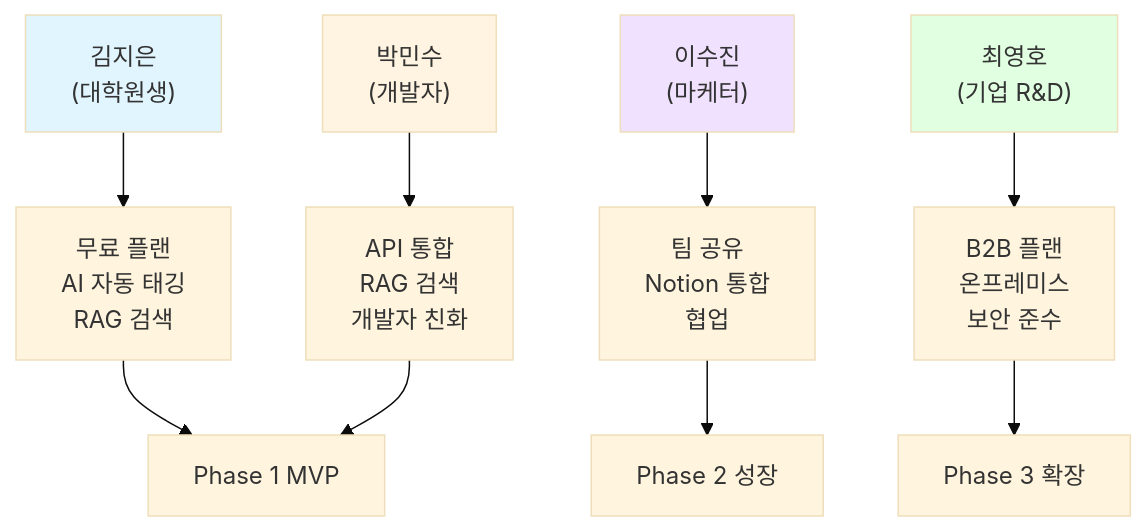
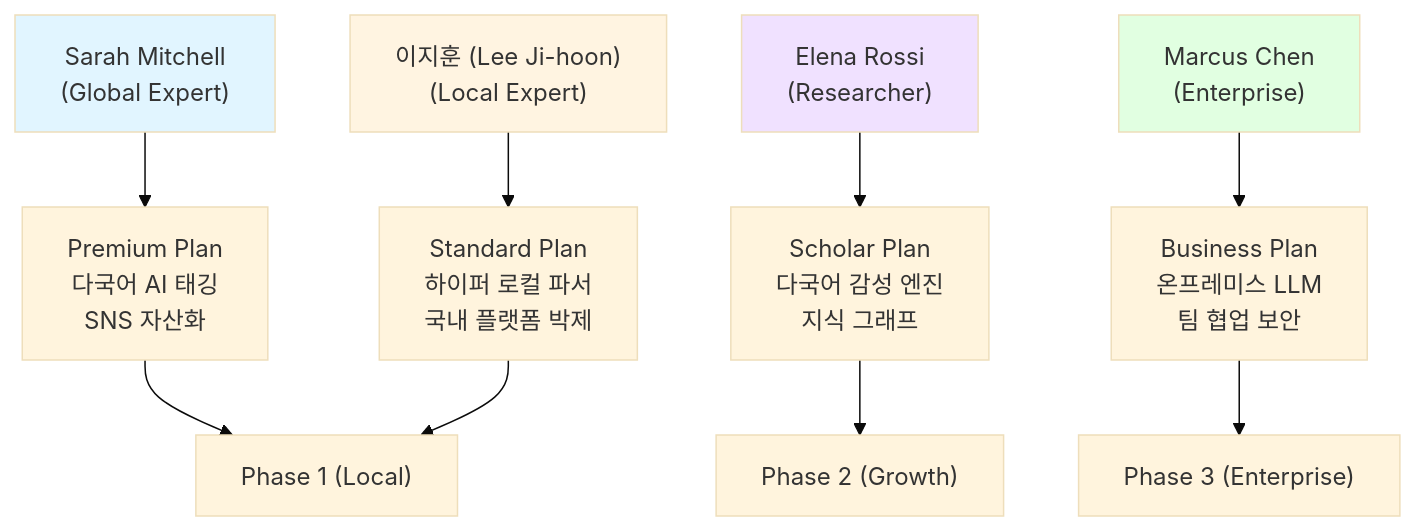
Before and after one commit to gus2902/new_learn: the third of 4 diagrams in docs/프로젝트/output/PHASE5-서비스제안/PHASE5-Step4-시각화통합-2026-01-10.md, drawn with Mermaid (base theme). The commit also changed other lines of this file and 25 other files, not shown here.

Commit message:
docs: finalize project documentation for Phase 1-5 and update Notion Lean Canvas

````diff
--- a/docs/프로젝트/output/PHASE5-서비스제안/PHASE5-Step4-시각화통합-2026-01-10.md
+++ b/docs/프로젝트/output/PHASE5-서비스제안/PHASE5-Step4-시각화통합-2026-01-10.md
@@ -121,17 +92,17 @@
 ```mermaid
 graph TB
-    P1["김지은<br/>(대학원생)"] --> V1["무료 플랜<br/>AI 자동 태깅<br/>RAG 검색"]
-    P2["박민수<br/>(개발자)"] --> V2["API 통합<br/>RAG 검색<br/>개발자 친화"]
-    P3["이수진<br/>(마케터)"] --> V3["팀 공유<br/>Notion 통합<br/>협업"]
-    P4["최영호<br/>(기업 R&D)"] --> V4["B2B 플랜<br/>온프레미스<br/>보안 준수"]
+    P1["Sarah Mitchell<br/>(Global Expert)"] --> V1["Premium Plan<br/>다국어 AI 태깅<br/>SNS 자산화"]
+    P2["이지훈 (Lee Ji-hoon)<br/>(Local Expert)"] --> V2["Standard Plan<br/>하이퍼 로컬 파서<br/>국내 플랫폼 박제"]
+    P3["Elena Rossi<br/>(Researcher)"] --> V3["Scholar Plan<br/>다국어 감성 엔진<br/>지식 그래프"]
+    P4["Marcus Chen<br/>(Enterprise)"] --> V4["Business Plan<br/>온프레미스 LLM<br/>팀 협업 보안"]
     
-    V1 --> M1["Phase 1 MVP"]
-    V2 --> M1
-    V3 --> M2["Phase 2 성장"]
-    V4 --> M3["Phase 3 확장"]
+    V1 --> M1["Phase 1 (Global)"]
+    V2 --> M1["Phase 1 (Local)"]
+    V3 --> M2["Phase 2 (Growth)"]
+    V4 --> M3["Phase 3 (Enterprise)"]
     
     style P1 fill:#e1f5ff
     style P2 fill:#fff4e1
     style P3 fill:#f0e1ff
     style P4 fill:#e1ffe1
 ```
````
